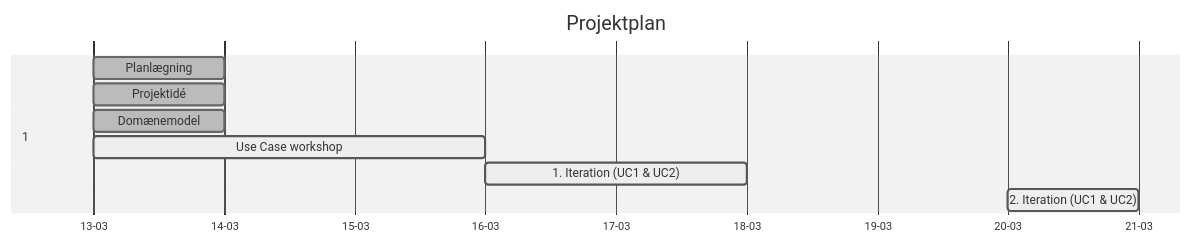
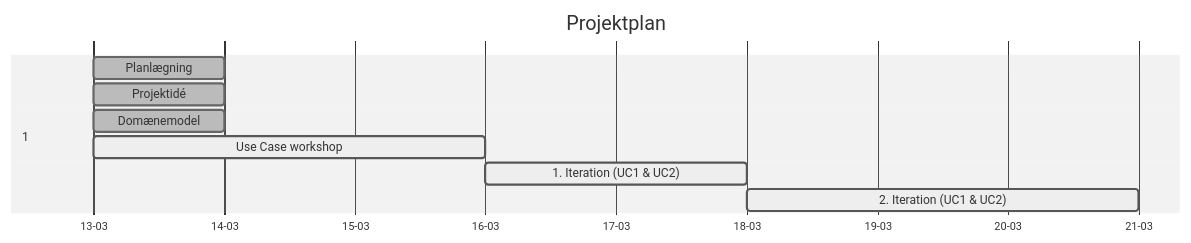
The diagram in docs/notes/Gantt.md (MatiasHeiberg/sibdat25-SysUd_SofArk_Project), drawn with Mermaid (neutral theme) before and after one commit. The commit also changed 9 other files, not shown here.

````diff
--- a/docs/notes/Gantt.md
+++ b/docs/notes/Gantt.md
@@ -8,17 +8,17 @@
 ```mermaid
 gantt
     title Projektplan
     dateFormat  YYYY-MM-DD
     axisFormat  %d-%m
 
     section 1
     Planlægning          :done,    p1, 2026-03-13, 1d
     Projektidé           :done,    p1, 2026-03-13, 1d
 	Domænemodel          :done,    p1, 2026-03-13, 1d
 	Use Case workshop    :active,  p1, 2026-03-13, 3d
 	1. Iteration (UC1 & UC2)    :active,  p1, 2026-03-16, 2d
-	2. Iteration (UC1 & UC2)    :active,  p1, 2026-03-20, 1d
+	2. Iteration (UC1 & UC2)    :active,  p1, 2026-03-18, 3d
 
 
     
 ```
````
